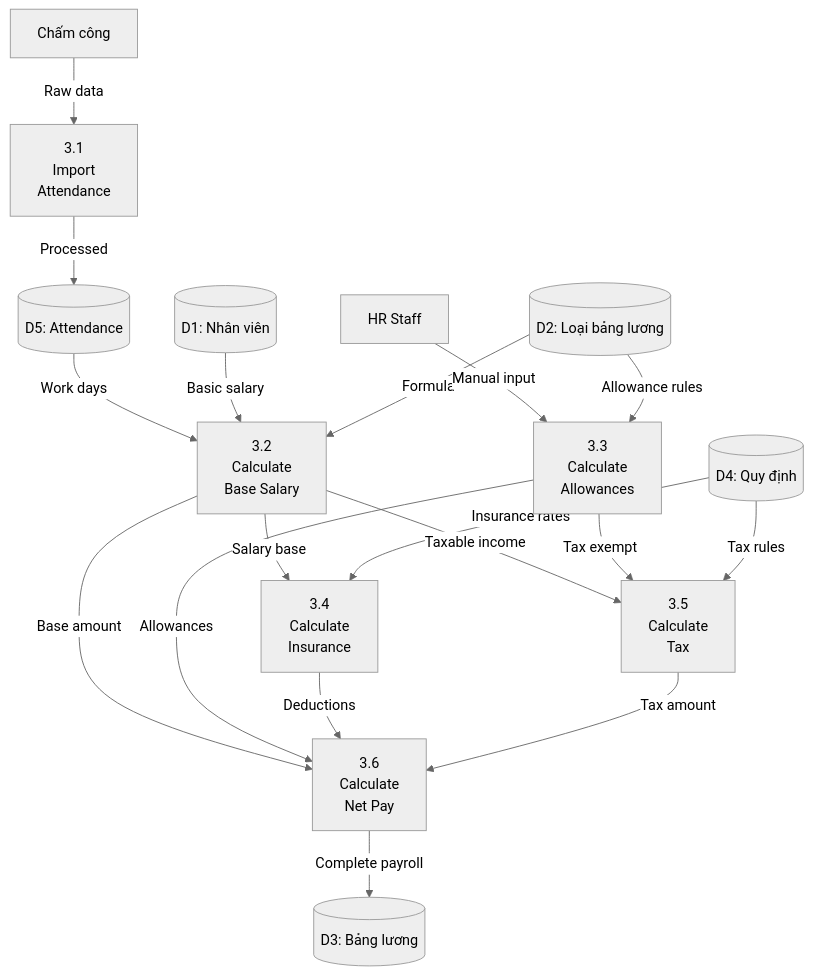
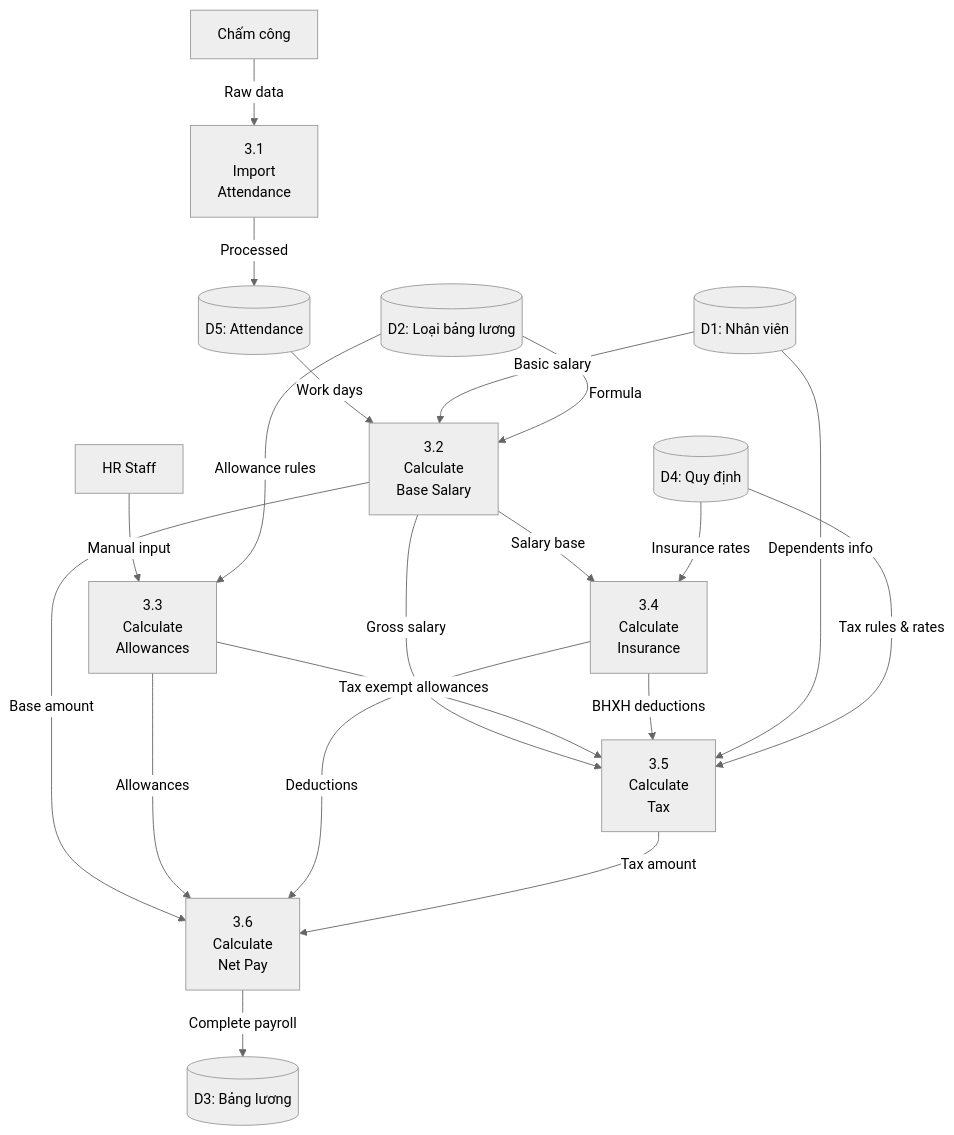
One commit to devsongnhan/Bflow-Doc changed the third of 4 diagrams in HRM/Payroll/7_DataFlowDiagram.md. Above: the diagram before and after it, drawn with Mermaid (neutral theme). The commit also changed other lines of this file, not shown here.

````diff
--- a/HRM/Payroll/7_DataFlowDiagram.md
+++ b/HRM/Payroll/7_DataFlowDiagram.md
@@ -169,45 +169,47 @@
 ```mermaid
 graph TB
     %% External/Parent
     ATT[Chấm công]
     HR[HR Staff]
     
     %% Sub-processes
     P31[3.1<br/>Import<br/>Attendance]
     P32[3.2<br/>Calculate<br/>Base Salary]
     P33[3.3<br/>Calculate<br/>Allowances]
     P34[3.4<br/>Calculate<br/>Insurance]
     P35[3.5<br/>Calculate<br/>Tax]
     P36[3.6<br/>Calculate<br/>Net Pay]
     
     %% Data Stores
     D1[(D1: Nhân viên)]
     D2[(D2: Loại bảng lương)]
     D3[(D3: Bảng lương)]
     D4[(D4: Quy định)]
     D5[(D5: Attendance)]
     
     %% Data Flows
     ATT -->|Raw data| P31
     P31 -->|Processed| D5
     
     D5 -->|Work days| P32
     D1 -->|Basic salary| P32
     D2 -->|Formula| P32
     P32 -->|Base amount| P36
     
     HR -->|Manual input| P33
     D2 -->|Allowance rules| P33
     P33 -->|Allowances| P36
     
     P32 -->|Salary base| P34
     D4 -->|Insurance rates| P34
     P34 -->|Deductions| P36
     
-    P32 -->|Taxable income| P35
-    P33 -->|Tax exempt| P35
-    D4 -->|Tax rules| P35
+    P32 -->|Gross salary| P35
+    P33 -->|Tax exempt allowances| P35
+    P34 -->|BHXH deductions| P35
+    D1 -->|Dependents info| P35
+    D4 -->|Tax rules & rates| P35
     P35 -->|Tax amount| P36
     
     P36 -->|Complete payroll| D3
 ```
````
